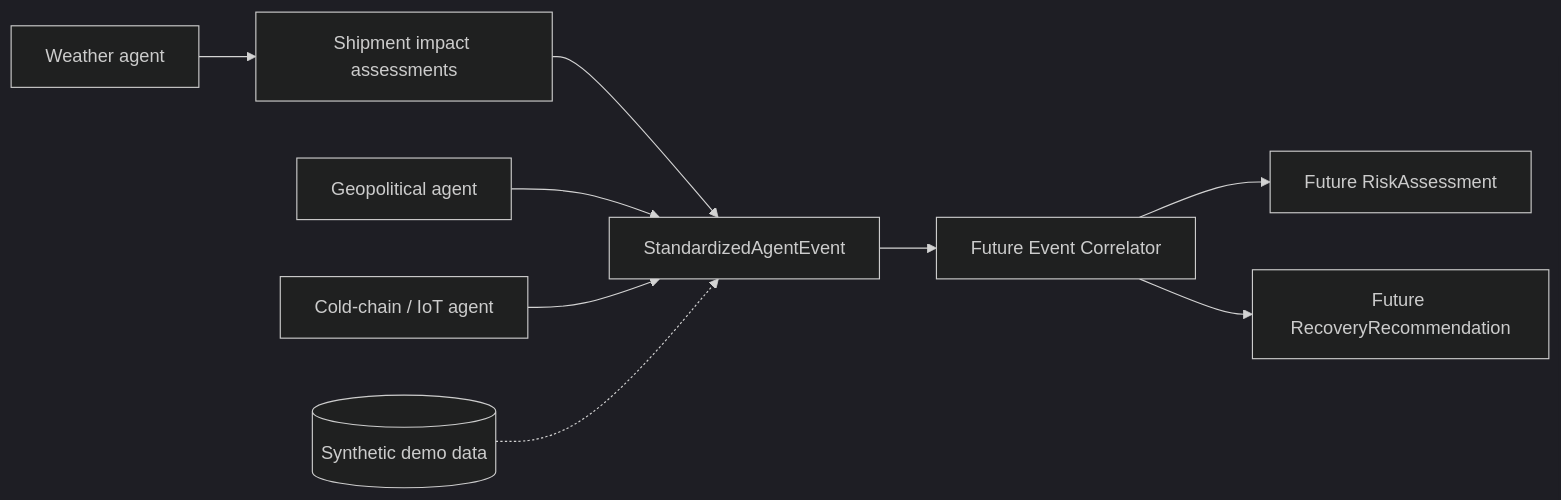
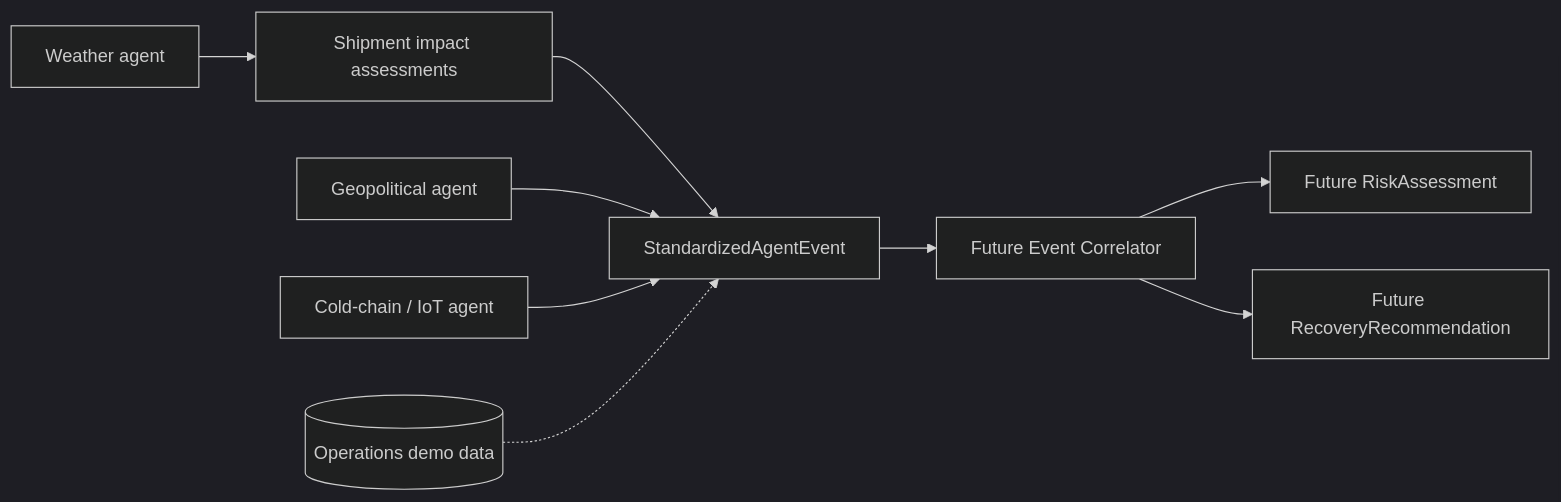
The diagram in docs/architecture.md (nandit27/bob-ai-hackathon-fouriers), drawn with Mermaid (dark theme) before and after one commit. The commit also changed other lines of this file and 4 other files, not shown here.

Commit message:
docs: update architecture, problem statement, setup guide and solution overview

````diff
--- a/docs/architecture.md
+++ b/docs/architecture.md
@@ -10,11 +10,11 @@
 ```mermaid
 flowchart LR
      W[Weather agent] --> I[Shipment impact assessments]
      I --> E[StandardizedAgentEvent]
         G[Geopolitical agent] --> E
         C[Cold-chain / IoT agent] --> E
         E --> X[Future Event Correlator]
         X --> R[Future RiskAssessment]
         X --> A[Future RecoveryRecommendation]
-        D[(Synthetic demo data)] -.-> E
+        D[(Operations demo data)] -.-> E
 ```
````
